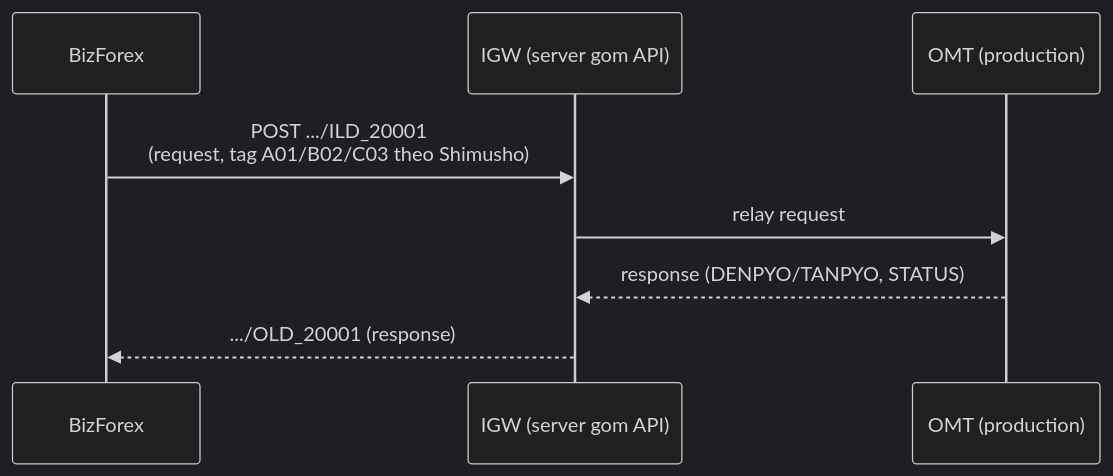
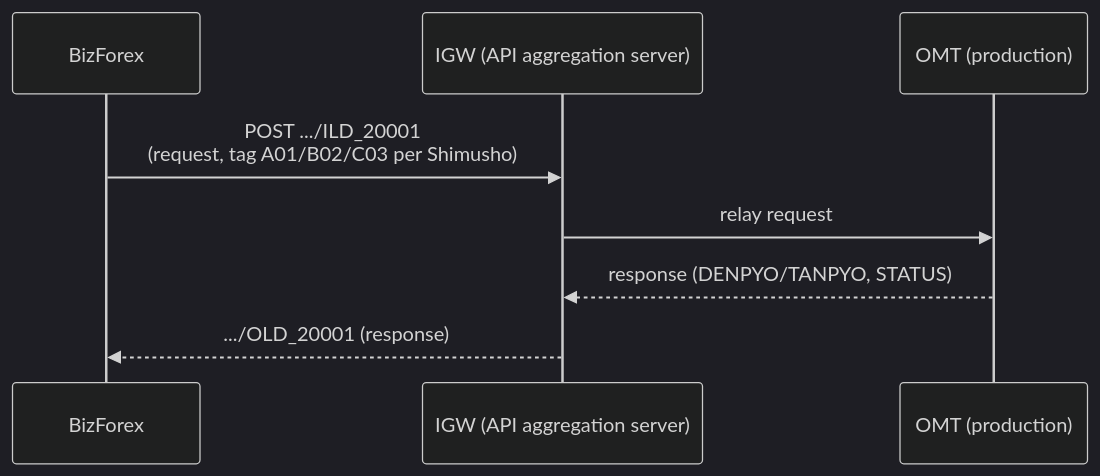
One commit to vkhoa1610/FX-Settlement-Platform changed the first of 2 diagrams in docs/de/05-core-banking-accounting.md. Above: the diagram before and after it, drawn with Mermaid (dark theme). The commit also changed other lines of this file and 19 other files, not shown here.

````diff
--- a/docs/de/05-core-banking-accounting.md
+++ b/docs/de/05-core-banking-accounting.md
@@ -218,10 +218,10 @@
 ```mermaid
 sequenceDiagram
     participant B as BizForex
-    participant C as IGW (server gom API)
+    participant C as IGW (API aggregation server)
     participant O as OMT (production)
-    B->>C: POST .../ILD_20001<br/>(request, tag A01/B02/C03 theo Shimusho)
+    B->>C: POST .../ILD_20001<br/>(request, tag A01/B02/C03 per Shimusho)
     C->>O: relay request
     O-->>C: response (DENPYO/TANPYO, STATUS)
     C-->>B: .../OLD_20001 (response)
 ```
````
